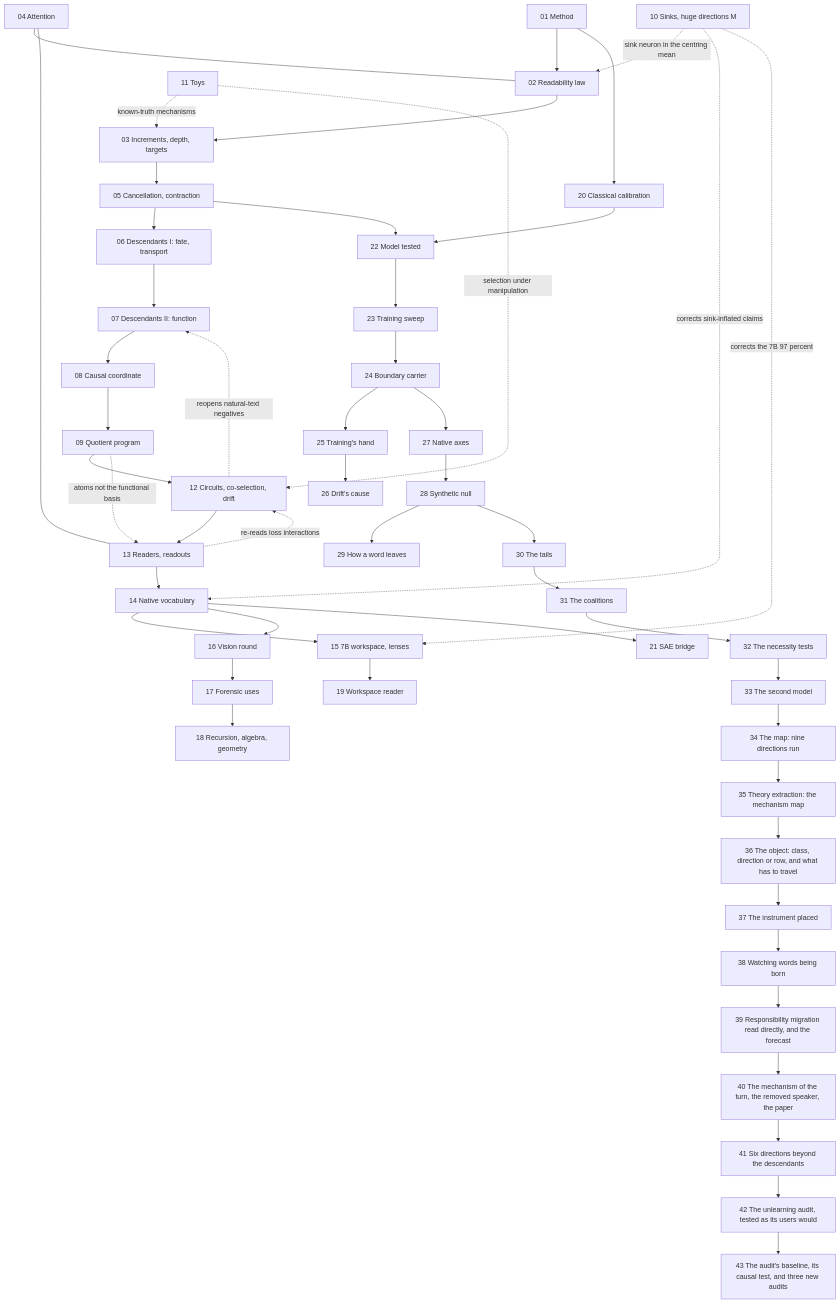
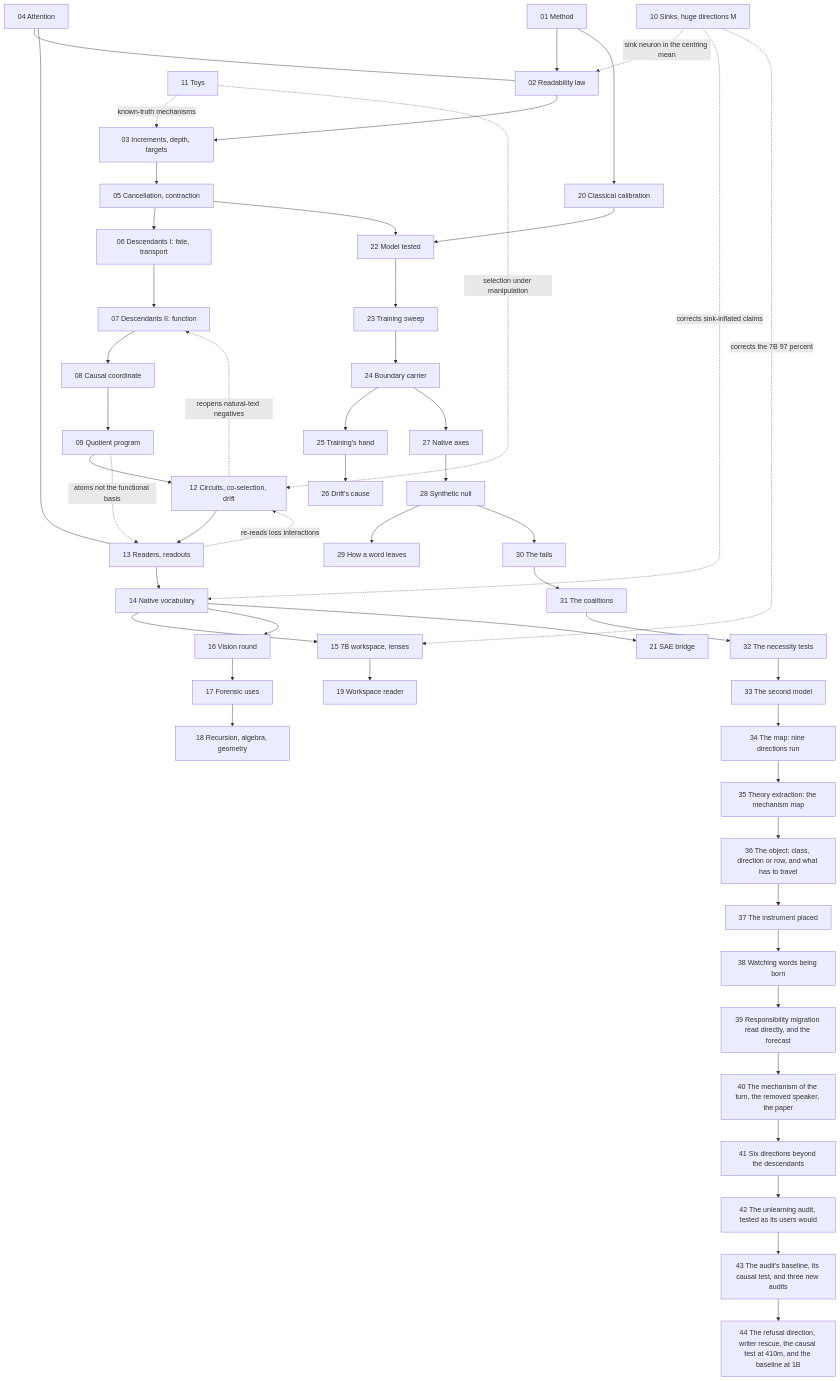
The diagram in docs/ATLAS.md (sunmoonron/wdd-descendants), drawn with Mermaid before and after one commit. The commit also changed other lines of this file and 32 other files, not shown here.

````diff
--- a/docs/ATLAS.md
+++ b/docs/ATLAS.md
@@ -94,53 +95,54 @@
 ```mermaid
 flowchart TD
   A01["01 Method"] --> A02["02 Readability law"]
   A02 --> A03["03 Increments, depth, targets"]
   A03 --> A05["05 Cancellation, contraction"]
   A05 --> A06["06 Descendants I: fate, transport"]
   A06 --> A07["07 Descendants II: function"]
   A07 --> A08["08 Causal coordinate"]
   A08 --> A09["09 Quotient program"]
   A09 --> A12["12 Circuits, co-selection, drift"]
   A12 --> A13["13 Readers, readouts"]
   A13 --> A14["14 Native vocabulary"]
   A14 --> A15["15 7B workspace, lenses"]
   A14 --> A16["16 Vision round"]
   A16 --> A17["17 Forensic uses"]
   A17 --> A18["18 Recursion, algebra, geometry"]
   A15 --> A19["19 Workspace reader"]
   A01 --> A20["20 Classical calibration"]
   A14 --> A21["21 SAE bridge"]
   A20 --> A22["22 Model tested"]
   A22 --> A23["23 Training sweep"]
   A23 --> A24["24 Boundary carrier"]
   A24 --> A25["25 Training's hand"]
   A25 --> A26["26 Drift's cause"]
   A24 --> A27["27 Native axes"]
   A27 --> A28["28 Synthetic null"]
   A28 --> A29["29 How a word leaves"]
   A28 --> A30["30 The tails"]
   A30 --> A31["31 The coalitions"]
   A31 --> A32["32 The necessity tests"]
   A32 --> A33["33 The second model"]
   A33 --> A34["34 The map: nine directions run"]
   A34 --> A35["35 Theory extraction: the mechanism map"]
   A35 --> A36["36 The object: class, direction or row, and what has to travel"]
   A36 --> A37["37 The instrument placed"]
   A37 --> A38["38 Watching words being born"]
   A38 --> A39["39 Responsibility migration read directly, and the forecast"]
   A39 --> A40["40 The mechanism of the turn, the removed speaker, the paper"]
   A40 --> A41["41 Six directions beyond the descendants"]
   A41 --> A42["42 The unlearning audit, tested as its users would"]
   A42 --> A43["43 The audit's baseline, its causal test, and three new audits"]
+  A43 --> A44["44 The refusal direction, writer rescue, the causal test at 410m, and the baseline at 1B"]
   A05 --> A22
   A04["04 Attention"] --- A02
   A04 --- A13
   A10["10 Sinks, huge directions M"] -.->|sink neuron in the centring mean| A02
   A10 -.->|corrects sink-inflated claims| A14
   A10 -.->|corrects the 7B 97 percent| A15
   A11["11 Toys"] -.->|known-truth mechanisms| A03
   A11 -.->|selection under manipulation| A12
   A12 -.->|reopens natural-text negatives| A07
   A13 -.->|re-reads loss interactions| A12
   A09 -.->|atoms not the functional basis| A13
 ```
````
